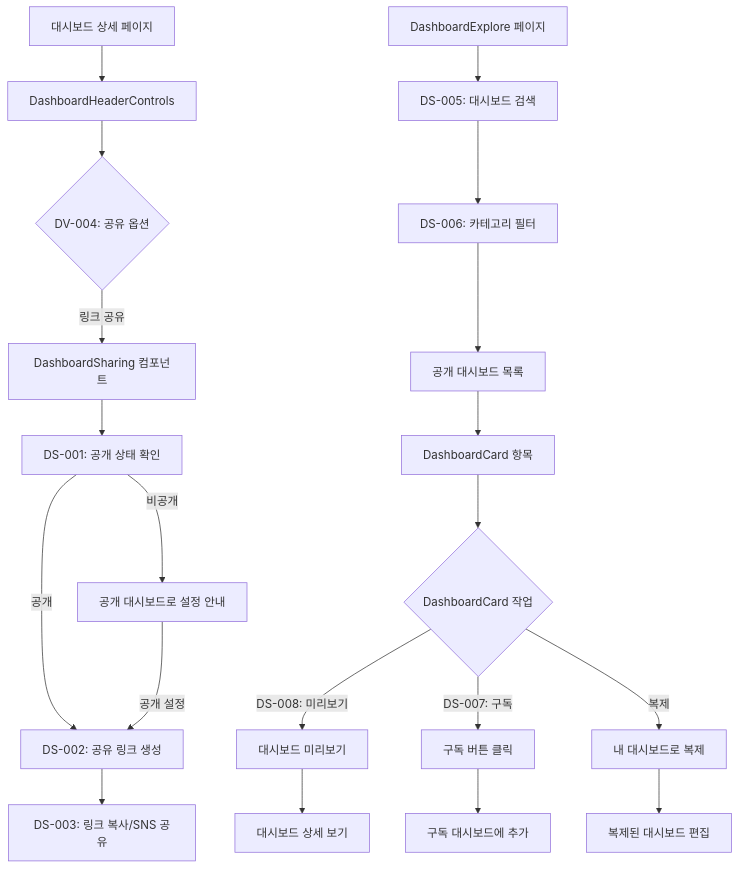
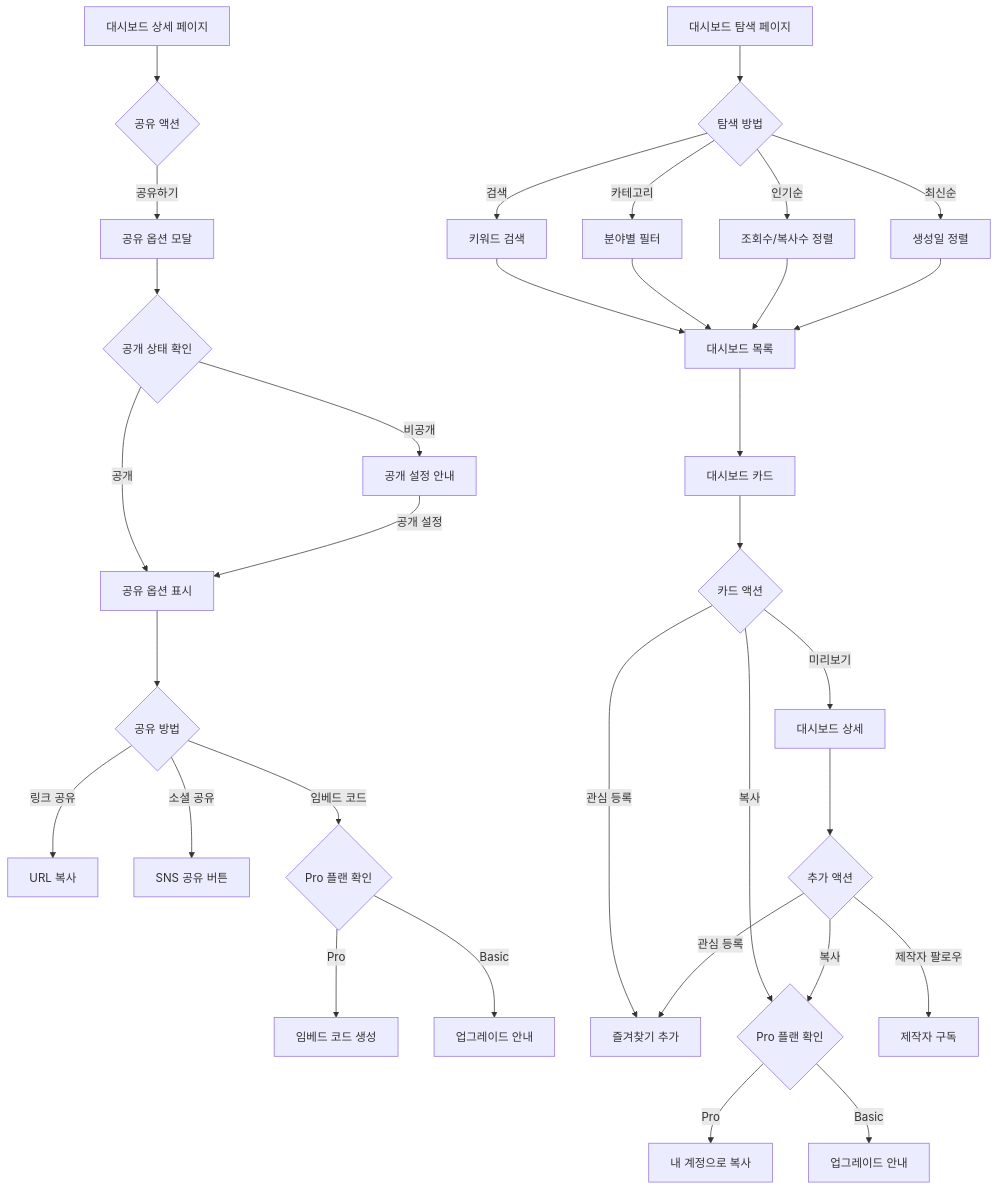
Before and after one commit to Seungwoo321/etorch-docs: the sixth of 14 diagrams in ui-design/user-flows.md, drawn with Mermaid. The commit also changed other lines of this file, not shown here.

````diff
--- a/ui-design/user-flows.md
+++ b/ui-design/user-flows.md
@@ -473,27 +270,43 @@
 ```mermaid
 flowchart TD
-    A[대시보드 상세 페이지] --> B[DashboardHeaderControls]
-    B --> C{DV-004: 공유 옵션}
-    C -->|링크 공유| D[DashboardSharing 컴포넌트]
+    A[대시보드 상세 페이지] --> B{공유 액션}
+    B -->|공유하기| C[공유 옵션 모달]
     
-    D --> E[DS-001: 공개 상태 확인]
-    E -->|비공개| F1[공개 대시보드로 설정 안내]
-    E -->|공개| F2[DS-002: 공유 링크 생성]
+    C --> D{공개 상태 확인}
+    D -->|비공개| E[공개 설정 안내]
+    D -->|공개| F[공유 옵션 표시]
     
-    F1 -->|공개 설정| F2
-    F2 --> G[DS-003: 링크 복사/SNS 공유]
+    E -->|공개 설정| F
+    F --> G{공유 방법}
+    G -->|링크 공유| H[URL 복사]
+    G -->|소셜 공유| I[SNS 공유 버튼]
+    G -->|임베드 코드| J{Pro 플랜 확인}
     
-    H[DashboardExplore 페이지] --> I[DS-005: 대시보드 검색]
-    I --> J[DS-006: 카테고리 필터]
-    J --> K[공개 대시보드 목록]
-    K --> L[DashboardCard 항목]
+    J -->|Pro| K[임베드 코드 생성]
+    J -->|Basic| L[업그레이드 안내]
     
-    L --> M{DashboardCard 작업}
-    M -->|DS-008: 미리보기| N1[대시보드 미리보기]
-    M -->|DS-007: 구독| N2[구독 버튼 클릭]
-    M -->|복제| N3[내 대시보드로 복제]
+    M[대시보드 탐색 페이지] --> N{탐색 방법}
+    N -->|검색| O[키워드 검색]
+    N -->|카테고리| P[분야별 필터]
+    N -->|인기순| Q[조회수/복사수 정렬]
+    N -->|최신순| R[생성일 정렬]
     
-    N1 --> O1[대시보드 상세 보기]
-    N2 --> O2[구독 대시보드에 추가]
-    N3 --> O3[복제된 대시보드 편집]
+    O --> S[대시보드 목록]
+    P --> S
+    Q --> S
+    R --> S
+    
+    S --> T[대시보드 카드]
+    T --> U{카드 액션}
+    U -->|미리보기| V[대시보드 상세]
+    U -->|관심 등록| W[즐겨찾기 추가]
+    U -->|복사| X{Pro 플랜 확인}
+    
+    X -->|Pro| Y[내 계정으로 복사]
+    X -->|Basic| Z[업그레이드 안내]
+    
+    V --> AA{추가 액션}
+    AA -->|복사| X
+    AA -->|관심 등록| W
+    AA -->|제작자 팔로우| BB[제작자 구독]
 ```
````
